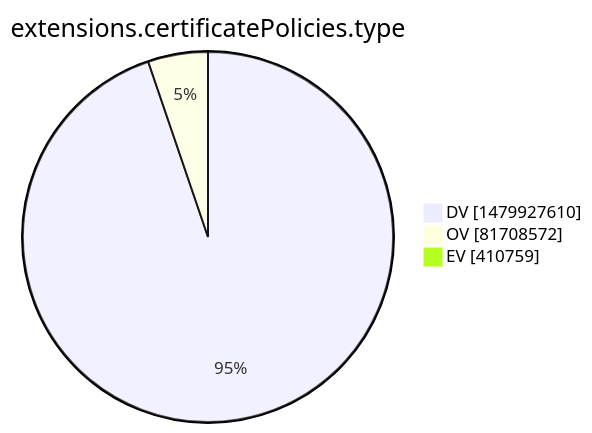
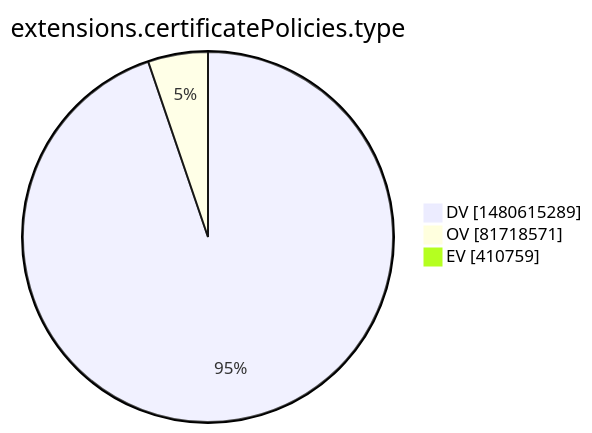
Before and after one commit to christiankrug/ctmonitor_visualization: the tenth of 15 diagrams in xenon2022/README.md, drawn with Mermaid. The commit also changed other lines of this file, not shown here.

````diff
--- a/xenon2022/README.md
+++ b/xenon2022/README.md
@@ -2873,7 +2873,7 @@
 ```mermaid
 pie showData
 title extensions.certificatePolicies.type
-"DV" :1479927610
-"OV" :81708572
+"DV" :1480615289
+"OV" :81718571
 "EV" :410759
 ```
````
